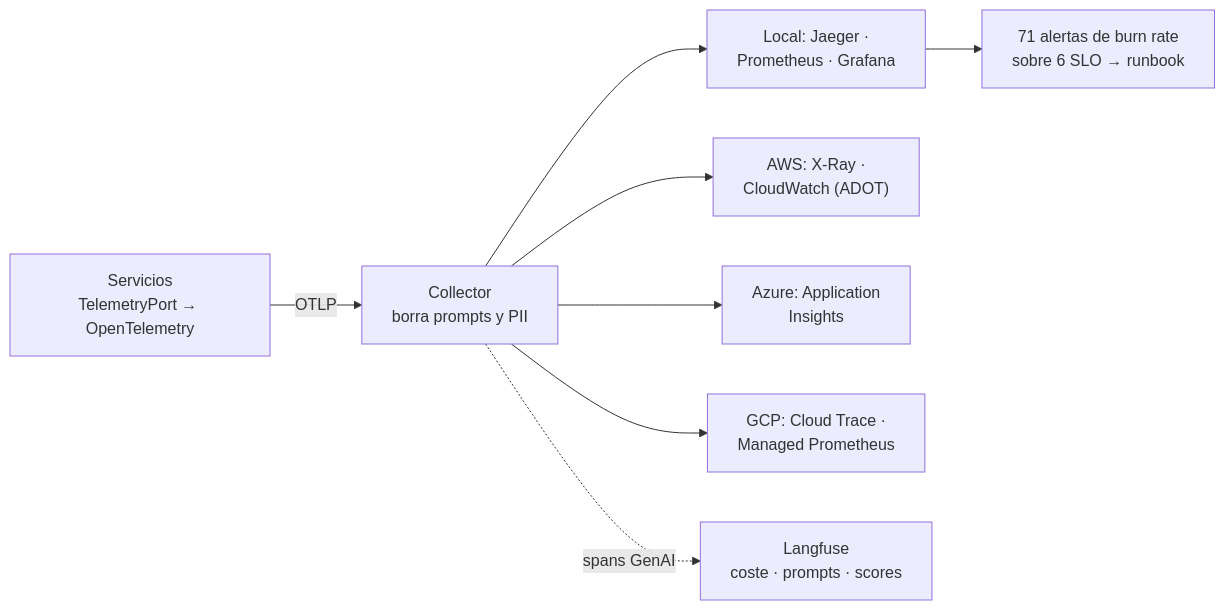
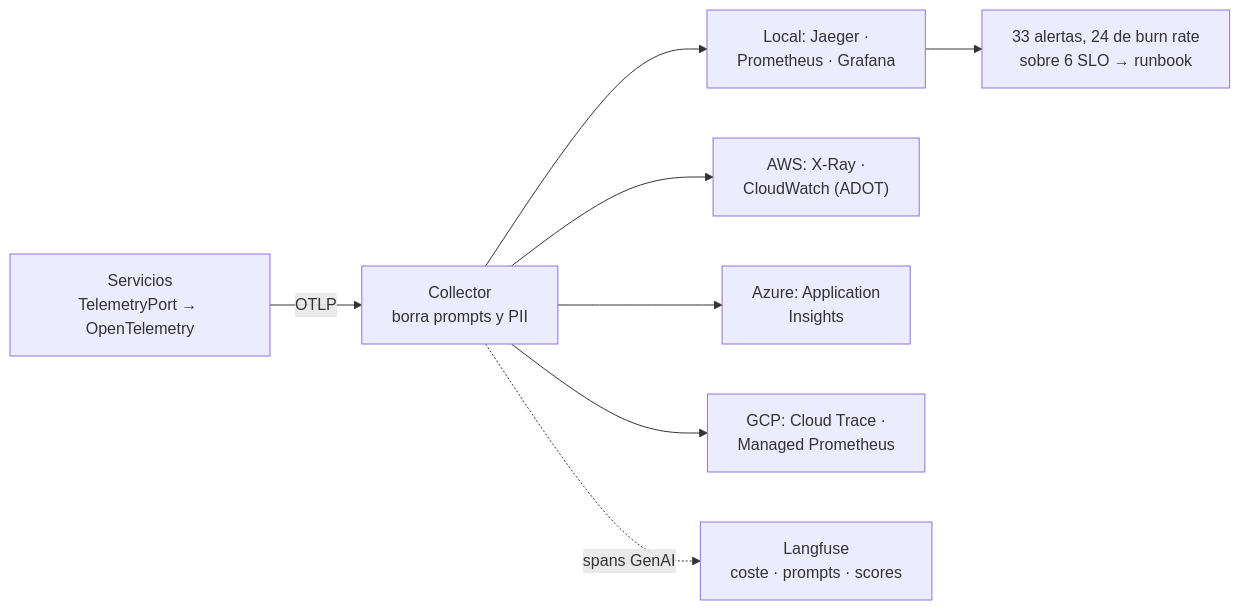
Before and after one commit to SergioVelmay/GenAI_PoCs: the tenth of 15 diagrams in docs/arquitectura.md, drawn with Mermaid. The commit also changed other lines of this file and 23 other files, not shown here.

````diff
--- a/docs/arquitectura.md
+++ b/docs/arquitectura.md
@@ -272,10 +274,10 @@
 ```mermaid
 flowchart LR
   APP["Servicios<br/>TelemetryPort → OpenTelemetry"] -->|"OTLP"| COL["Collector<br/>borra prompts y PII"]
   COL --> LOC["Local: Jaeger ·<br/>Prometheus · Grafana"]
   COL --> AWS["AWS: X-Ray ·<br/>CloudWatch (ADOT)"]
   COL --> AZ["Azure: Application<br/>Insights"]
   COL --> GC["GCP: Cloud Trace ·<br/>Managed Prometheus"]
   COL -.->|"spans GenAI"| LF["Langfuse<br/>coste · prompts · scores"]
-  LOC --> AL["71 alertas de burn rate<br/>sobre 6 SLO → runbook"]
+  LOC --> AL["33 alertas, 24 de burn rate<br/>sobre 6 SLO → runbook"]
 ```
````
